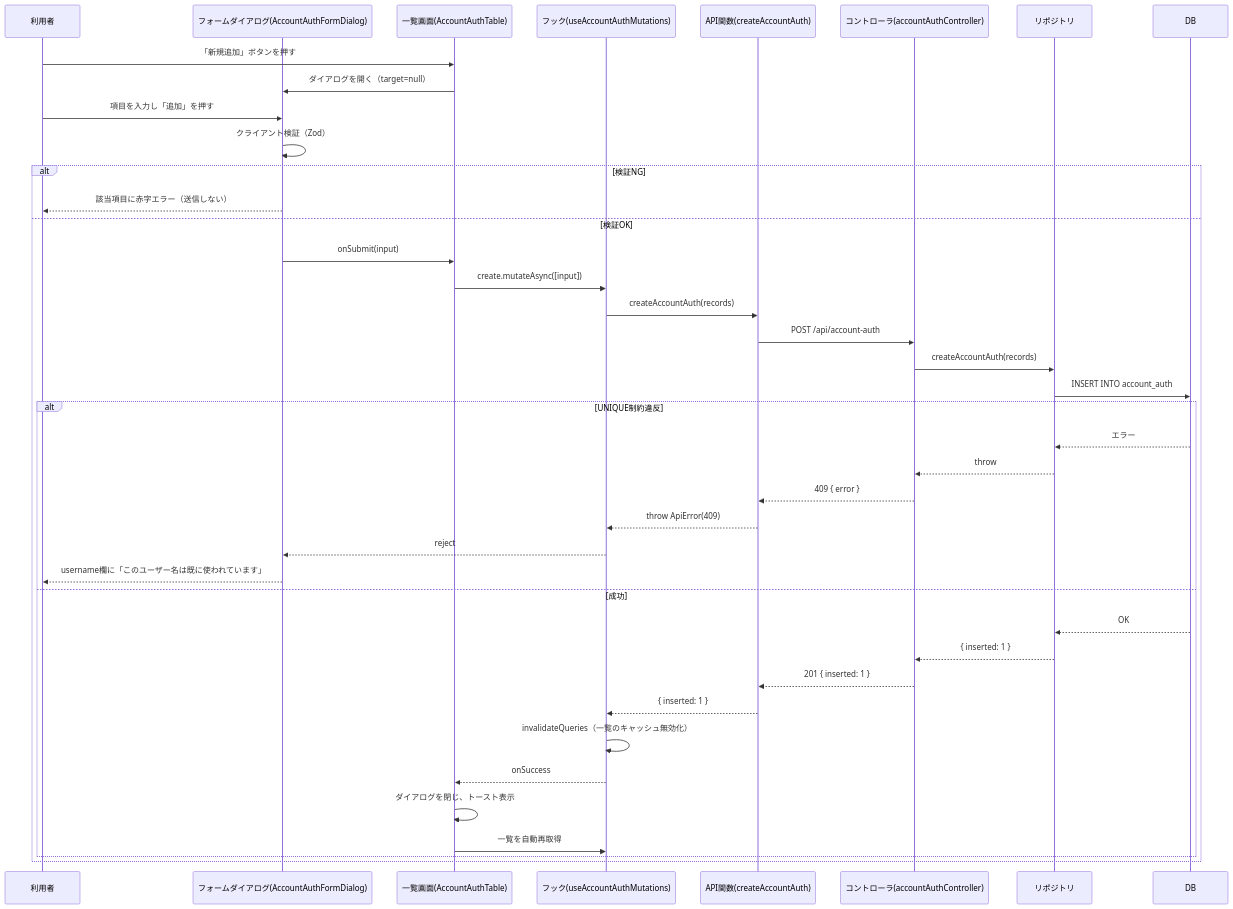
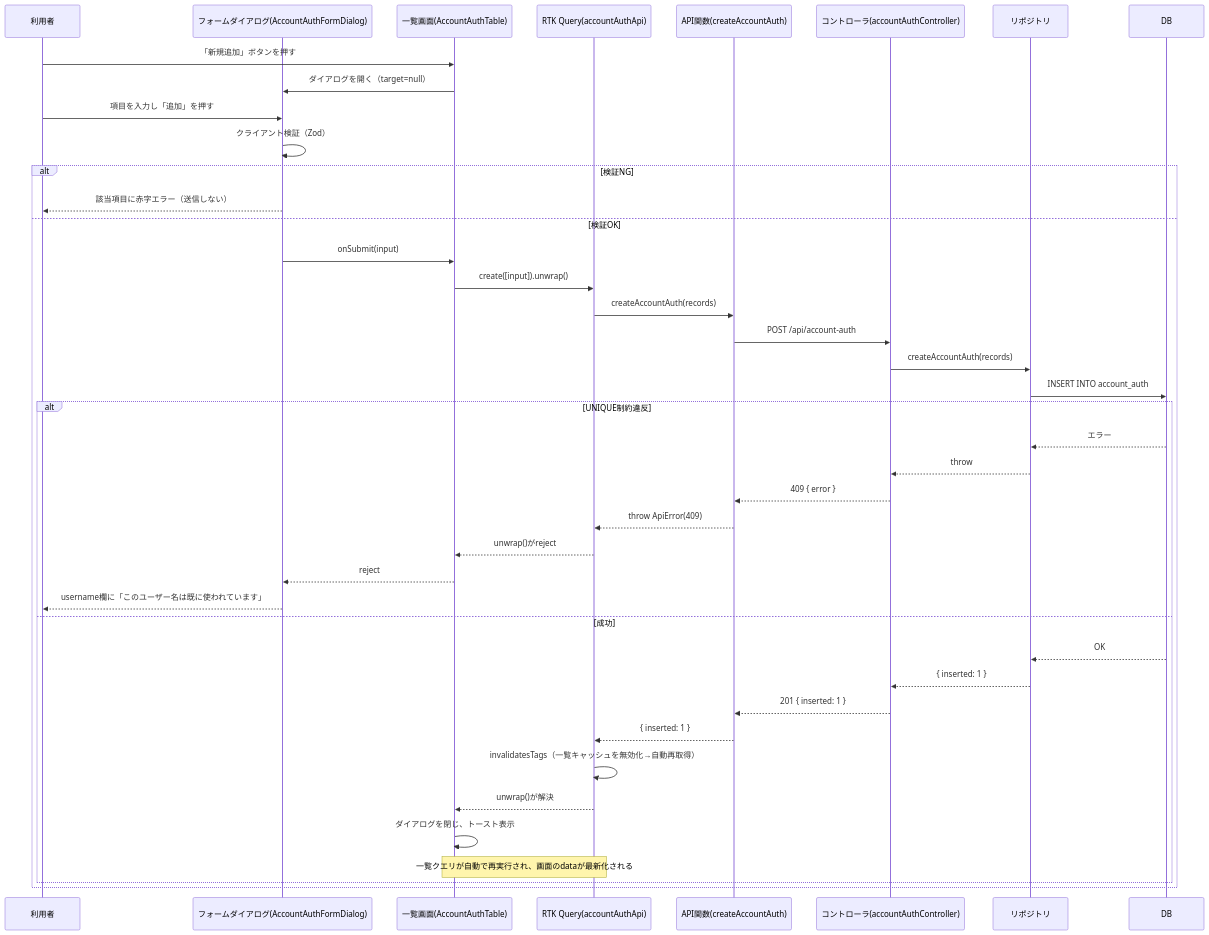
Before and after one commit to katsya1117/dmt: the first of 3 diagrams in docs/design/account-auth/12_シーケンス図.md, drawn with Mermaid. The commit also changed other lines of this file and 24 other files, not shown here.

````diff
--- a/docs/design/account-auth/12_シーケンス図.md
+++ b/docs/design/account-auth/12_シーケンス図.md
@@ -9,43 +9,44 @@
 ```mermaid
 sequenceDiagram
   participant U as 利用者
   participant D as フォームダイアログ(AccountAuthFormDialog)
   participant P as 一覧画面(AccountAuthTable)
-  participant H as フック(useAccountAuthMutations)
+  participant Q as RTK Query(accountAuthApi)
   participant A as API関数(createAccountAuth)
   participant C as コントローラ(accountAuthController)
   participant Repo as リポジトリ
   participant DB as DB
 
   U->>P: 「新規追加」ボタンを押す
   P->>D: ダイアログを開く（target=null）
   U->>D: 項目を入力し「追加」を押す
   D->>D: クライアント検証（Zod）
   alt 検証NG
     D-->>U: 該当項目に赤字エラー（送信しない）
   else 検証OK
     D->>P: onSubmit(input)
-    P->>H: create.mutateAsync([input])
-    H->>A: createAccountAuth(records)
+    P->>Q: create([input]).unwrap()
+    Q->>A: createAccountAuth(records)
     A->>C: POST /api/account-auth
     C->>Repo: createAccountAuth(records)
     Repo->>DB: INSERT INTO account_auth
     alt UNIQUE制約違反
       DB-->>Repo: エラー
       Repo-->>C: throw
       C-->>A: 409 { error }
-      A-->>H: throw ApiError(409)
-      H-->>D: reject
+      A-->>Q: throw ApiError(409)
+      Q-->>P: unwrap()がreject
+      P-->>D: reject
       D-->>U: username欄に「このユーザー名は既に使われています」
     else 成功
       DB-->>Repo: OK
       Repo-->>C: { inserted: 1 }
       C-->>A: 201 { inserted: 1 }
-      A-->>H: { inserted: 1 }
-      H->>H: invalidateQueries（一覧のキャッシュ無効化）
-      H-->>P: onSuccess
+      A-->>Q: { inserted: 1 }
+      Q->>Q: invalidatesTags（一覧キャッシュを無効化→自動再取得）
+      Q-->>P: unwrap()が解決
       P->>P: ダイアログを閉じ、トースト表示
-      P->>H: 一覧を自動再取得
+      Note over Q,P: 一覧クエリが自動で再実行され、画面のdataが最新化される
     end
   end
 ```
````
